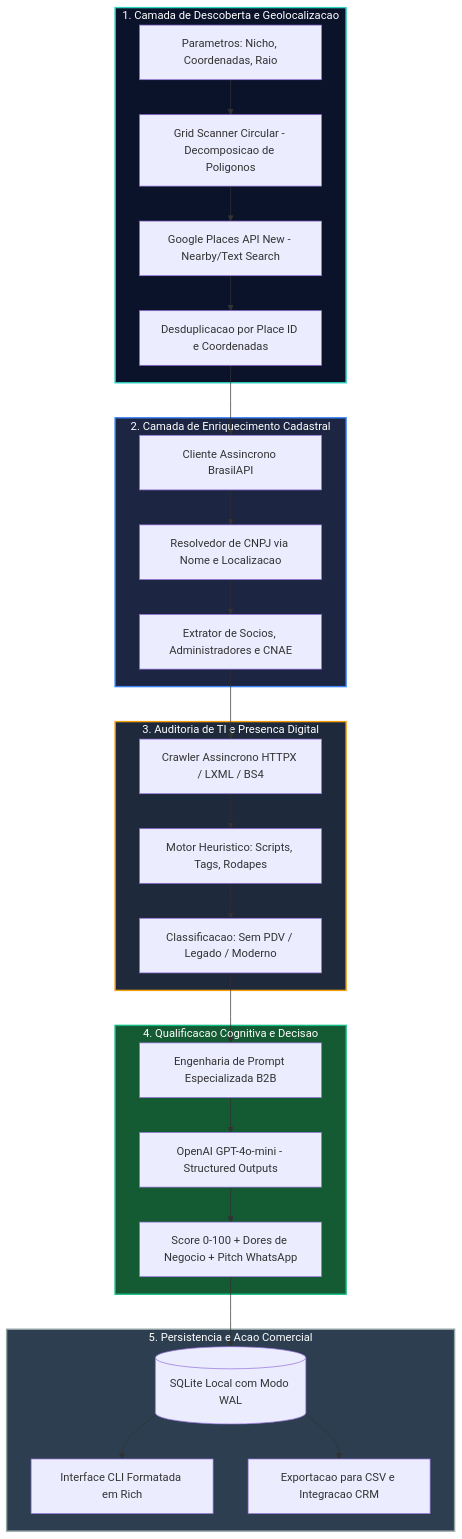
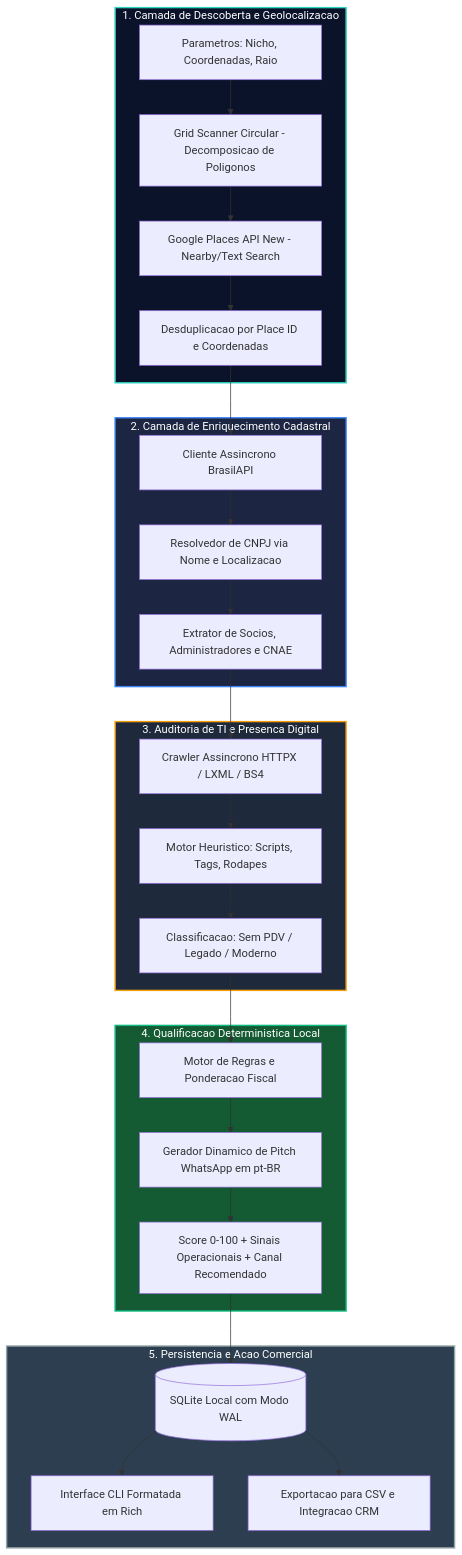
The diagram in README.md (dgphaney-dev/sweezy-ai), drawn with Mermaid before and after one commit. The commit also changed other lines of this file and 2 other files, not shown here.

Commit message:
feat(analysis): replace OpenAI with zero-cost local qualification engine

````diff
--- a/README.md
+++ b/README.md
@@ -84,65 +84,65 @@
 ```mermaid
 graph TD
     subgraph Camada_Descoberta [1. Camada de Descoberta e Geolocalizacao]
         Input[Parametros: Nicho, Coordenadas, Raio]
         Grid[Grid Scanner Circular - Decomposicao de Poligonos]
         PlacesAPI[Google Places API New - Nearby/Text Search]
         Dedup[Desduplicacao por Place ID e Coordenadas]
         
         Input --> Grid
         Grid --> PlacesAPI
         PlacesAPI --> Dedup
     end
 
     subgraph Camada_Enriquecimento [2. Camada de Enriquecimento Cadastral]
         ReceitaClient[Cliente Assincrono BrasilAPI]
         CNPJResolver[Resolvedor de CNPJ via Nome e Localizacao]
         QSAExtractor[Extrator de Socios, Administradores e CNAE]
         
         Dedup --> ReceitaClient
         ReceitaClient --> CNPJResolver
         CNPJResolver --> QSAExtractor
     end
 
     subgraph Camada_Auditoria [3. Auditoria de TI e Presenca Digital]
         WebCrawler[Crawler Assincrono HTTPX / LXML / BS4]
         SignatureEngine[Motor Heuristico: Scripts, Tags, Rodapes]
         POSStatus[Classificacao: Sem PDV / Legado / Moderno]
         
         QSAExtractor --> WebCrawler
         WebCrawler --> SignatureEngine
         SignatureEngine --> POSStatus
     end
 
-    subgraph Camada_Cognitiva [4. Qualificacao Cognitiva e Decisao]
-        PromptEngine[Engenharia de Prompt Especializada B2B]
-        LLM[OpenAI GPT-4o-mini - Structured Outputs]
-        ScoreEngine[Score 0-100 + Dores de Negocio + Pitch WhatsApp]
+    subgraph Camada_Qualificacao [4. Qualificacao Deterministica Local]
+        RulesEngine[Motor de Regras e Ponderacao Fiscal]
+        PitchGenerator[Gerador Dinamico de Pitch WhatsApp em pt-BR]
+        ScoreEngine[Score 0-100 + Sinais Operacionais + Canal Recomendado]
         
-        POSStatus --> PromptEngine
-        PromptEngine --> LLM
-        LLM --> ScoreEngine
+        POSStatus --> RulesEngine
+        RulesEngine --> PitchGenerator
+        PitchGenerator --> ScoreEngine
     end
 
     subgraph Camada_Persistencia [5. Persistencia e Acao Comercial]
         DB[(SQLite Local com Modo WAL)]
         CLIView[Interface CLI Formatada em Rich]
         Export[Exportacao para CSV e Integracao CRM]
         
         ScoreEngine --> DB
         DB --> CLIView
         DB --> Export
     end
 
     classDef discoveryBox fill:#0b132b,stroke:#2dd4bf,stroke-width:2px,color:#ffffff;
     classDef enrichBox fill:#1c2541,stroke:#3b82f6,stroke-width:2px,color:#ffffff;
     classDef auditBox fill:#1e293b,stroke:#f59e0b,stroke-width:2px,color:#ffffff;
-    classDef cogBox fill:#145a32,stroke:#10b981,stroke-width:2px,color:#ffffff;
+    classDef qualBox fill:#145a32,stroke:#10b981,stroke-width:2px,color:#ffffff;
     classDef persBox fill:#2c3e50,stroke:#95a5a6,stroke-width:2px,color:#ffffff;
 
     class Camada_Descoberta discoveryBox;
     class Camada_Enriquecimento enrichBox;
     class Camada_Auditoria auditBox;
-    class Camada_Cognitiva cogBox;
+    class Camada_Qualificacao qualBox;
     class Camada_Persistencia persBox;
 ```
````
